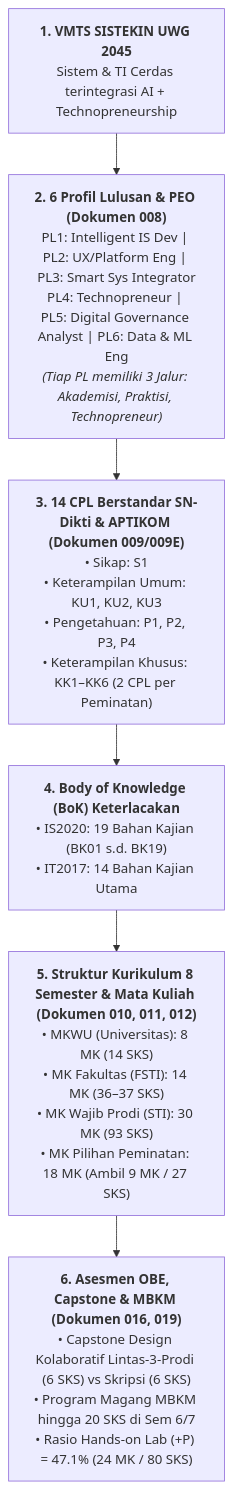
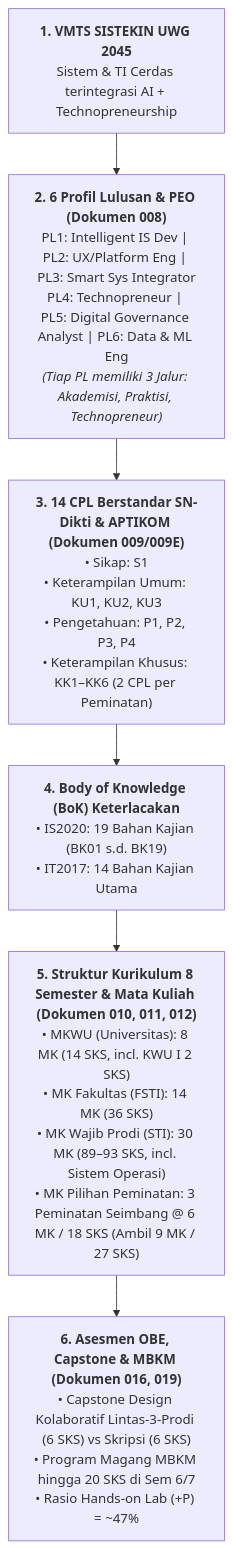
Before and after one commit to roniwahyu/--BRAINSTORMING_KURIKULUM2026: the diagram in KURIKULUM2026_ZCODE/020_ANALISIS_KESELARASAN_KURIKULUM_OBE_SISTEKIN.md, drawn with Mermaid. The commit also changed other lines of this file and 8 other files, not shown here.

````diff
--- a/KURIKULUM2026_ZCODE/020_ANALISIS_KESELARASAN_KURIKULUM_OBE_SISTEKIN.md
+++ b/KURIKULUM2026_ZCODE/020_ANALISIS_KESELARASAN_KURIKULUM_OBE_SISTEKIN.md
@@ -12,13 +12,13 @@
 ```mermaid
 graph TD
     VMTS["<b>1. VMTS SISTEKIN UWG 2045</b><br/>Sistem & TI Cerdas terintegrasi AI + Technopreneurship"]
     --> PL["<b>2. 6 Profil Lulusan & PEO (Dokumen 008)</b><br/>PL1: Intelligent IS Dev | PL2: UX/Platform Eng | PL3: Smart Sys Integrator<br/>PL4: Technopreneur | PL5: Digital Governance Analyst | PL6: Data & ML Eng<br/><i>(Tiap PL memiliki 3 Jalur: Akademisi, Praktisi, Technopreneur)</i>"]
     
     PL --> CPL["<b>3. 14 CPL Berstandar SN-Dikti & APTIKOM (Dokumen 009/009E)</b><br/>• Sikap: S1<br/>• Keterampilan Umum: KU1, KU2, KU3<br/>• Pengetahuan: P1, P2, P3, P4<br/>• Keterampilan Khusus: KK1–KK6 (2 CPL per Peminatan)"]
     
     CPL --> BOK["<b>4. Body of Knowledge (BoK) Keterlacakan</b><br/>• IS2020: 19 Bahan Kajian (BK01 s.d. BK19)<br/>• IT2017: 14 Bahan Kajian Utama"]
     
-    BOK --> STRUKTUR["<b>5. Struktur Kurikulum 8 Semester & Mata Kuliah (Dokumen 010, 011, 012)</b><br/>• MKWU (Universitas): 8 MK (14 SKS)<br/>• MK Fakultas (FSTI): 14 MK (36–37 SKS)<br/>• MK Wajib Prodi (STI): 30 MK (93 SKS)<br/>• MK Pilihan Peminatan: 18 MK (Ambil 9 MK / 27 SKS)"]
+    BOK --> STRUKTUR["<b>5. Struktur Kurikulum 8 Semester & Mata Kuliah (Dokumen 010, 011, 012)</b><br/>• MKWU (Universitas): 8 MK (14 SKS, incl. KWU I 2 SKS)<br/>• MK Fakultas (FSTI): 14 MK (36 SKS)<br/>• MK Wajib Prodi (STI): 30 MK (89–93 SKS, incl. Sistem Operasi)<br/>• MK Pilihan Peminatan: 3 Peminatan Seimbang @ 6 MK / 18 SKS (Ambil 9 MK / 27 SKS)"]
     
-    STRUKTUR --> ASSESS["<b>6. Asesmen OBE, Capstone & MBKM (Dokumen 016, 019)</b><br/>• Capstone Design Kolaboratif Lintas-3-Prodi (6 SKS) vs Skripsi (6 SKS)<br/>• Program Magang MBKM hingga 20 SKS di Sem 6/7<br/>• Rasio Hands-on Lab (+P) = 47.1% (24 MK / 80 SKS)"]
+    STRUKTUR --> ASSESS["<b>6. Asesmen OBE, Capstone & MBKM (Dokumen 016, 019)</b><br/>• Capstone Design Kolaboratif Lintas-3-Prodi (6 SKS) vs Skripsi (6 SKS)<br/>• Program Magang MBKM hingga 20 SKS di Sem 6/7<br/>• Rasio Hands-on Lab (+P) = ~47%"]
 ```
````
